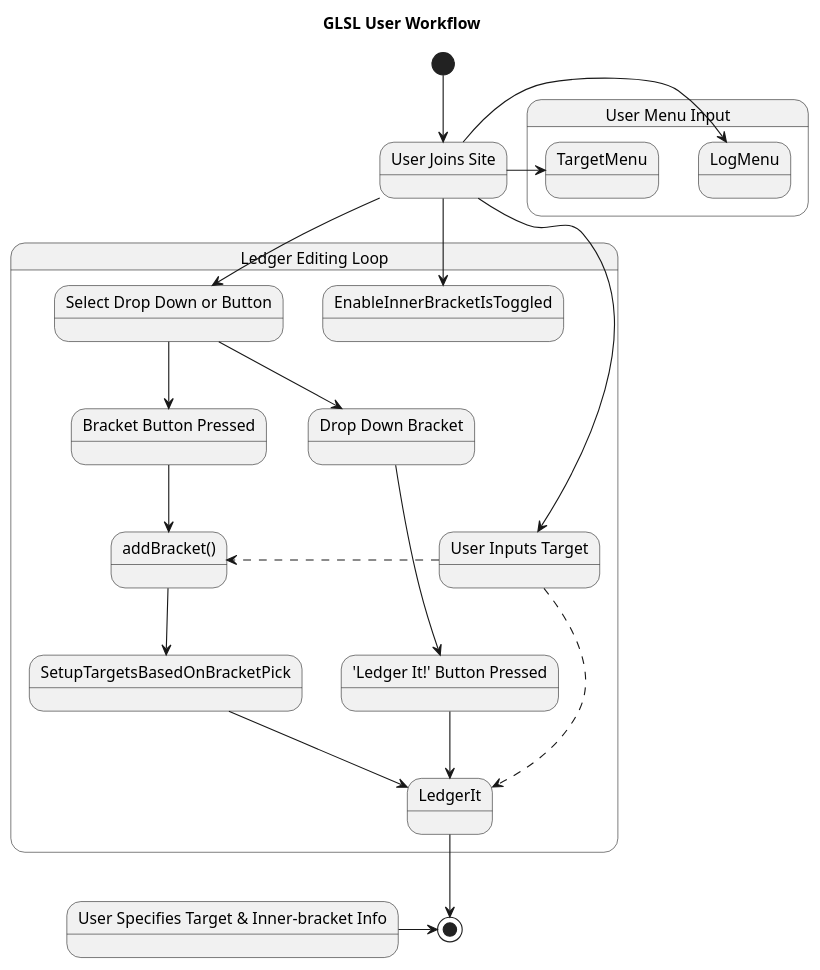
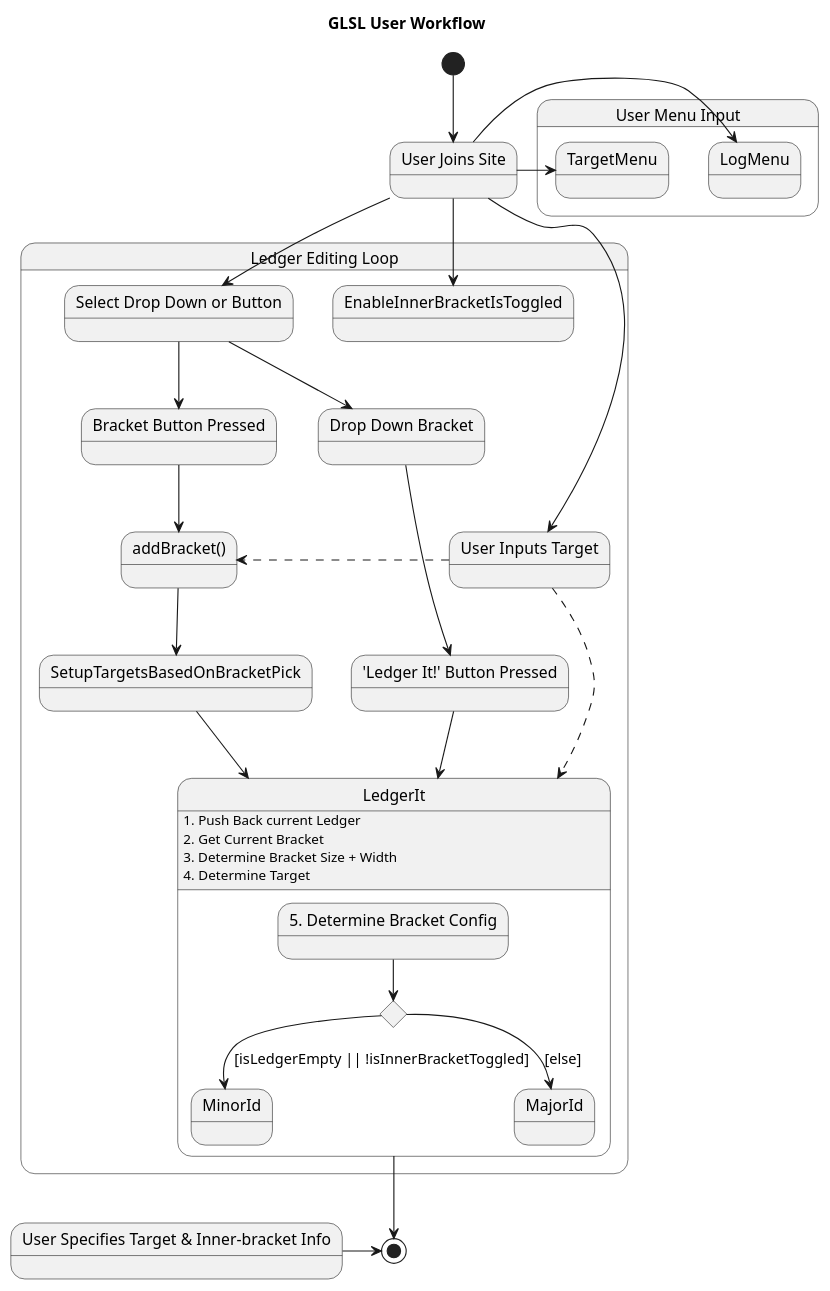
The diagram in 02_GLSL/01_Design-Docs/UX-Workflow.adoc (ActuallyFro/Grevnyrch), drawn with PlantUML before and after one commit.

Commit message:
{02_GLSL/01_Design-Docs/UX-Workflow} Snagging LAST version of the state diagram

```diff
--- a/02_GLSL/01_Design-Docs/UX-Workflow.adoc
+++ b/02_GLSL/01_Design-Docs/UX-Workflow.adoc
@@ -8,68 +8,83 @@
 [plantuml, target=diagram-classes, format=png]
 ....
 @startuml
 Title GLSL User Workflow
 
 State "User Joins Site" as  UserJoins
 State "User Specifies Target & Inner-bracket Info" as UserSpecifiesTargetAndInnerBracketInfo
 
 
 [*] -down-> UserJoins
 
 
 State "Ledger Editing Loop" as LedgerLoop {
   UserJoins -down-> SelectDropDownOrButton
   UserJoins -down-> TargetIsInputted
   UserJoins -down-> EnableInnerBracketIsToggled
 
   State "Select Drop Down or Button" as SelectDropDownOrButton
   State "Bracket Button Pressed" as BracketButton
   State "Drop Down Bracket" as DropDownBracket 
   State "addBracket()" as addBracket
   State "'Ledger It!' Button Pressed" as PressesLedgerItButton
   
   State "User Inputs Target" as TargetIsInputted
   
   
 
 
   SelectDropDownOrButton -down-> DropDownBracket
   SelectDropDownOrButton -down-> BracketButton
   BracketButton --> addBracket
 
   TargetIsInputted -[dashed]> addBracket
   TargetIsInputted -[dashed]> LedgerIt
 
   DropDownBracket --> PressesLedgerItButton
 
   PressesLedgerItButton -down-> LedgerIt
   
   addBracket --> SetupTargetsBasedOnBracketPick
   SetupTargetsBasedOnBracketPick --> LedgerIt
 
+  LedgerIt: 1. Push Back current Ledger
+  LedgerIt: 2. Get Current Bracket
+  LedgerIt: 3. Determine Bracket Size + Width
+  LedgerIt: 4. Determine Target
+  
+  state LedgerIt {
+    state addTo <<choice>>
+    
+    state "5. Determine Bracket Config" as DetermineBracketConfigs
+    DetermineBracketConfigs --> addTo
+    addTo --> MinorId : [isLedgerEmpty || !isInnerBracketToggled]
+    addTo --> MajorId : [else]  
+    'addTo --> MinorId : [isLedgerEmpty || !isInnerBracketToggled]
+    'addTo --> MajorId : [else]  
+  }
+
 }
 
 State "User Menu Input" as UserMenuInput {
 
   UserJoins -> TargetMenu
   UserJoins -> LogMenu
 
 }
-
 
 LedgerIt -down-> [*]
 
 UserSpecifiesTargetAndInnerBracketInfo -down> [*]
 @enduml
 
 
 ' =======================================
 ' note left of UserJoins : Single line note
 ' note right of SelectDropDownOrButton
 '    Notes can also 
 '    take up multiple
 '    lines like this
 'end note
 
 'UserJoins -right-> SelectDropDownOrButton
 ....
```
